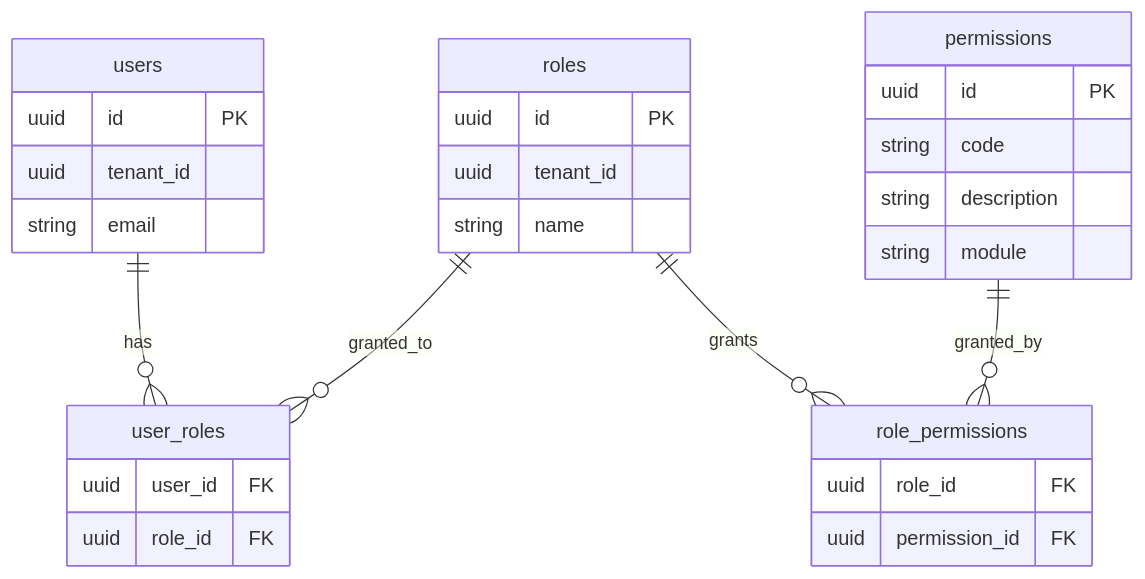
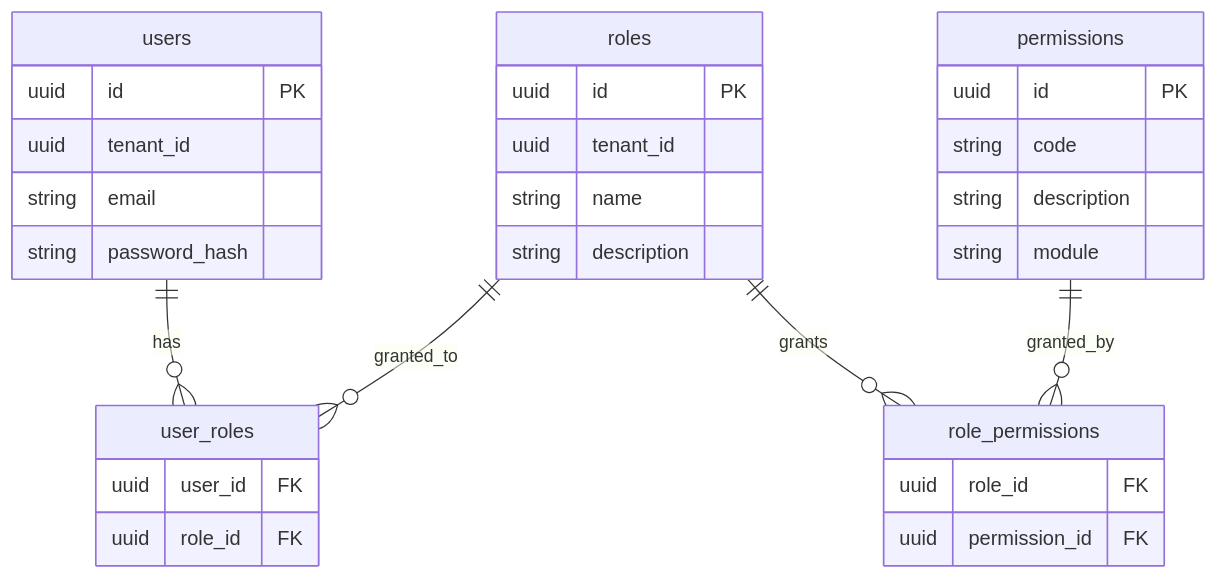
Before and after one commit to noiia/EERP-Documentation-Wiki: the second of 3 diagrams in docs/core/permissions.md, drawn with Mermaid. The commit also changed other lines of this file and 18 other files, not shown here.

````diff
--- a/docs/core/permissions.md
+++ b/docs/core/permissions.md
@@ -136,32 +127,34 @@
 ```mermaid
 erDiagram
     users {
         uuid id PK
         uuid tenant_id
         string email
+        string password_hash
     }
     roles {
         uuid id PK
         uuid tenant_id
         string name
+        string description
     }
     permissions {
         uuid id PK
         string code
         string description
         string module
     }
     user_roles {
         uuid user_id FK
         uuid role_id FK
     }
     role_permissions {
         uuid role_id FK
         uuid permission_id FK
     }
 
     users ||--o{ user_roles : has
     roles ||--o{ user_roles : granted_to
     roles ||--o{ role_permissions : grants
     permissions ||--o{ role_permissions : granted_by
 ```
````
